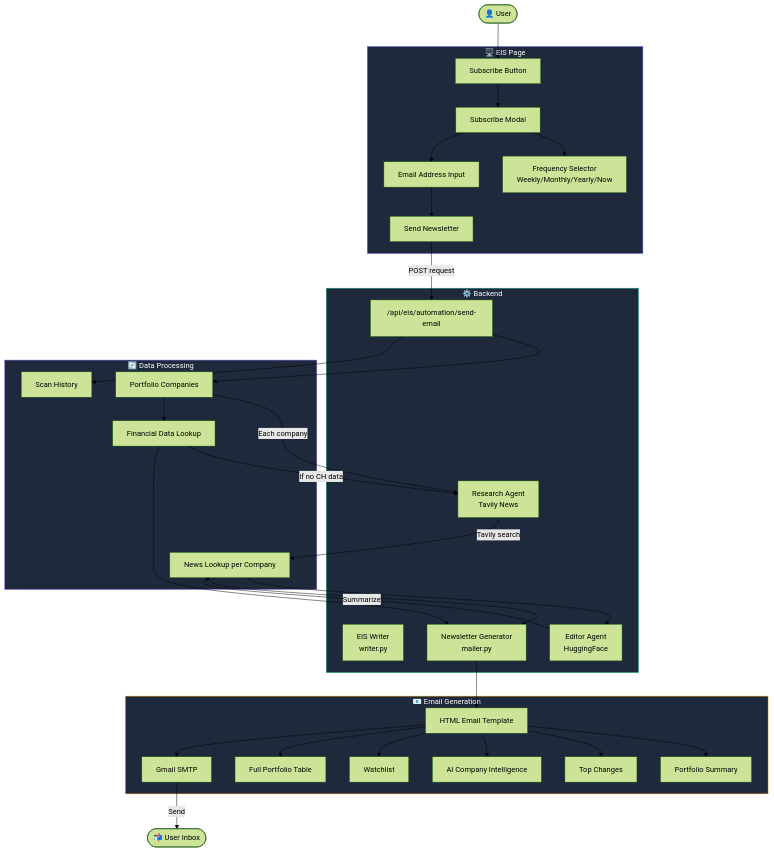
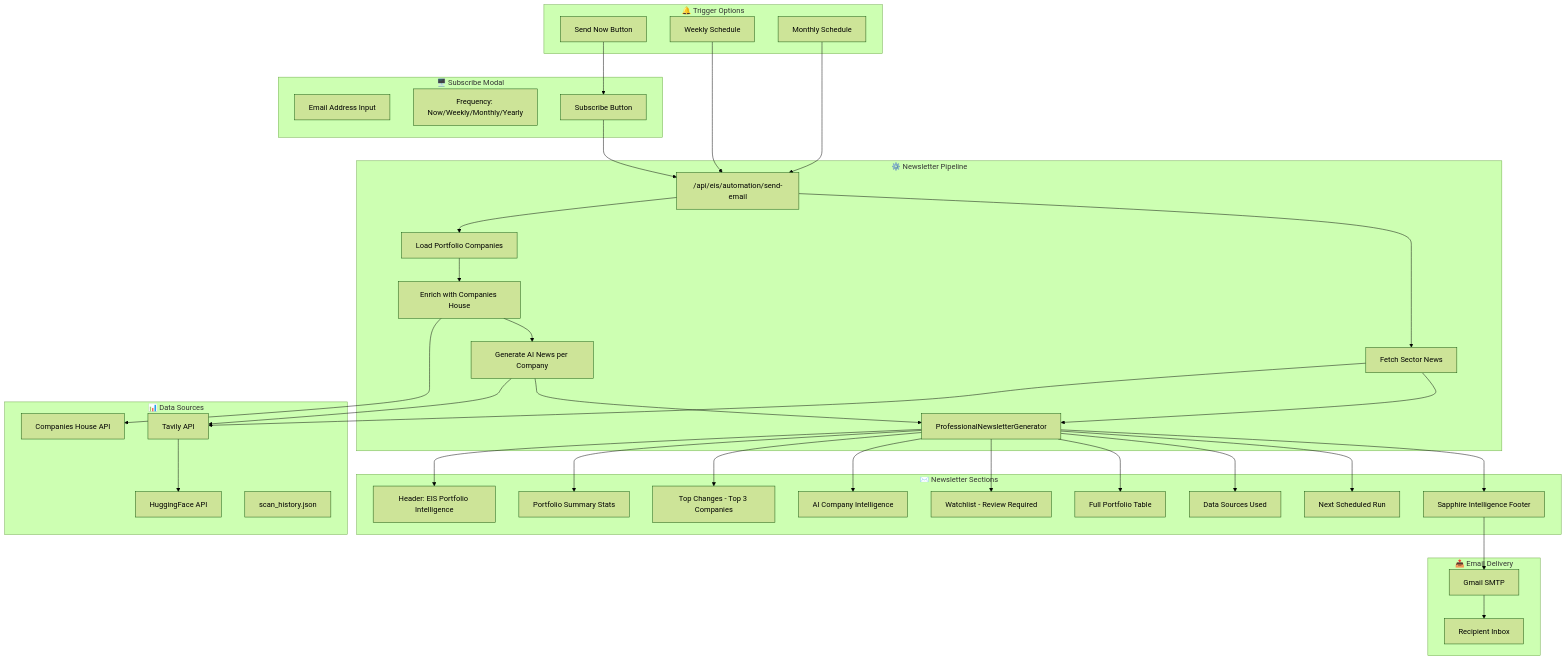
The fifth of 11 diagrams in EIS_ARCHITECTURE.md (nagasriramnani/Currency-Intelligence-Platform-V2), drawn with Mermaid (forest theme) before and after one commit. The commit also changed other lines of this file, not shown here.

Commit message:
docs: Restore original EIS Architecture with sequence diagrams

````diff
--- a/EIS_ARCHITECTURE.md
+++ b/EIS_ARCHITECTURE.md
@@ -178,72 +250,79 @@
 ```mermaid
 flowchart TB
-    subgraph Frontend["🖥️ EIS Page"]
-        Subscribe[Subscribe Button]
-        Modal[Subscribe Modal]
-        FreqSelect[Frequency Selector<br/>Weekly/Monthly/Yearly/Now]
-        EmailInput[Email Address Input]
-        SendBtn[Send Newsletter]
+    subgraph Trigger["🔔 Trigger Options"]
+        ManualNow[Send Now Button]
+        ScheduledWeekly[Weekly Schedule]
+        ScheduledMonthly[Monthly Schedule]
     end
 
-    subgraph Backend["⚙️ Backend"]
-        EmailAPI["/api/eis/automation/send-email"]
-        Writer[EIS Writer<br/>writer.py]
-        Mailer[Newsletter Generator<br/>mailer.py]
-        ResearchAgent[Research Agent<br/>Tavily News]
-        EditorAgent[Editor Agent<br/>HuggingFace]
+    subgraph Frontend["🖥️ Subscribe Modal"]
+        EmailInput[Email Address Input]
+        FrequencySelect[Frequency: Now/Weekly/Monthly/Yearly]
+        SubmitButton[Subscribe Button]
     end
 
-    subgraph Processing["🔄 Data Processing"]
-        Portfolio[Portfolio Companies]
-        ScanHistory[Scan History]
-        NewsLookup[News Lookup per Company]
-        FinancialLookup[Financial Data Lookup]
+    subgraph Backend["⚙️ Newsletter Pipeline"]
+        SendEmailAPI["/api/eis/automation/send-email"]
+        PortfolioLoader[Load Portfolio Companies]
+        CompanyEnricher[Enrich with Companies House]
+        NewsGenerator[Generate AI News per Company]
+        SectorNewsFetcher[Fetch Sector News]
+        HTMLGenerator[ProfessionalNewsletterGenerator]
     end
 
-    subgraph Email["📧 Email Generation"]
-        HTML[HTML Email Template]
-        Section1[Portfolio Summary]
-        Section2[Top Changes]
-        Section3[AI Company Intelligence]
-        Section4[Watchlist]
-        Section5[Full Portfolio Table]
-        Gmail[Gmail SMTP]
+    subgraph DataSources["📊 Data Sources"]
+        CompaniesHouse["Companies House API"]
+        TavilyAPI["Tavily API"]
+        HuggingFaceAPI["HuggingFace API"]
+        ScanHistory[scan_history.json]
     end
 
-    %% Flow
-    User([👤 User]) --> Subscribe
-    Subscribe --> Modal
-    Modal --> FreqSelect
-    Modal --> EmailInput
-    EmailInput --> SendBtn
+    subgraph Newsletter["✉️ Newsletter Sections"]
+        Header[Header: EIS Portfolio Intelligence]
+        Summary[Portfolio Summary Stats]
+        TopChanges[Top Changes - Top 3 Companies]
+        AIIntelligence[AI Company Intelligence]
+        Watchlist[Watchlist - Review Required]
+        FullPortfolio[Full Portfolio Table]
+        DataSourcesSection[Data Sources Used]
+        NextRun[Next Scheduled Run]
+        Footer[Sapphire Intelligence Footer]
+    end
+
+    subgraph Delivery["📤 Email Delivery"]
+        GmailSMTP[Gmail SMTP]
+        RecipientInbox[Recipient Inbox]
+    end
+
+    ManualNow --> SubmitButton
+    ScheduledWeekly --> SendEmailAPI
+    ScheduledMonthly --> SendEmailAPI
     
-    SendBtn -->|"POST request"| EmailAPI
-    EmailAPI --> Portfolio
-    EmailAPI --> ScanHistory
+    SubmitButton --> SendEmailAPI
+    SendEmailAPI --> PortfolioLoader
+    PortfolioLoader --> CompanyEnricher
+    CompanyEnricher --> CompaniesHouse
     
-    Portfolio -->|"Each company"| ResearchAgent
-    ResearchAgent -->|"Tavily search"| NewsLookup
-    NewsLookup --> EditorAgent
-    EditorAgent -->|"Summarize"| NewsLookup
+    CompanyEnricher --> NewsGenerator
+    NewsGenerator --> TavilyAPI
+    TavilyAPI --> HuggingFaceAPI
     
-    Portfolio --> FinancialLookup
-    FinancialLookup -->|"If no CH data"| ResearchAgent
+    SendEmailAPI --> SectorNewsFetcher
+    SectorNewsFetcher --> TavilyAPI
     
-    NewsLookup --> Mailer
-    FinancialLookup --> Mailer
+    NewsGenerator --> HTMLGenerator
+    SectorNewsFetcher --> HTMLGenerator
     
-    Mailer --> HTML
-    HTML --> Section1
-    HTML --> Section2
-    HTML --> Section3
-    HTML --> Section4
-    HTML --> Section5
+    HTMLGenerator --> Header
+    HTMLGenerator --> Summary
+    HTMLGenerator --> TopChanges
+    HTMLGenerator --> AIIntelligence
+    HTMLGenerator --> Watchlist
+    HTMLGenerator --> FullPortfolio
+    HTMLGenerator --> DataSourcesSection
+    HTMLGenerator --> NextRun
+    HTMLGenerator --> Footer
     
-    HTML --> Gmail
-    Gmail -->|"Send"| Inbox([📬 User Inbox])
-
-    style Frontend fill:#1e293b,stroke:#4f46e5,color:#fff
-    style Backend fill:#1e293b,stroke:#10b981,color:#fff
-    style Processing fill:#1e293b,stroke:#8b5cf6,color:#fff
-    style Email fill:#1e293b,stroke:#f59e0b,color:#fff
+    Footer --> GmailSMTP
+    GmailSMTP --> RecipientInbox
 ```
````
